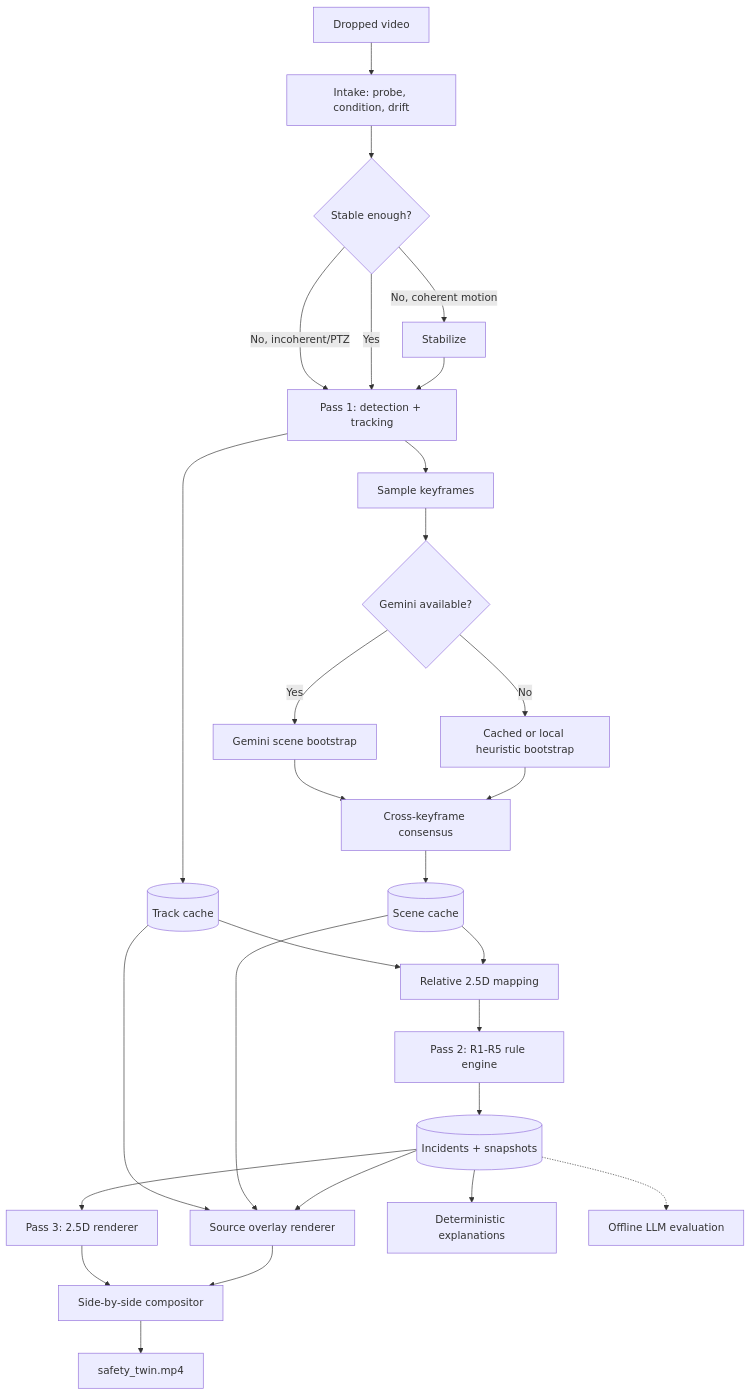
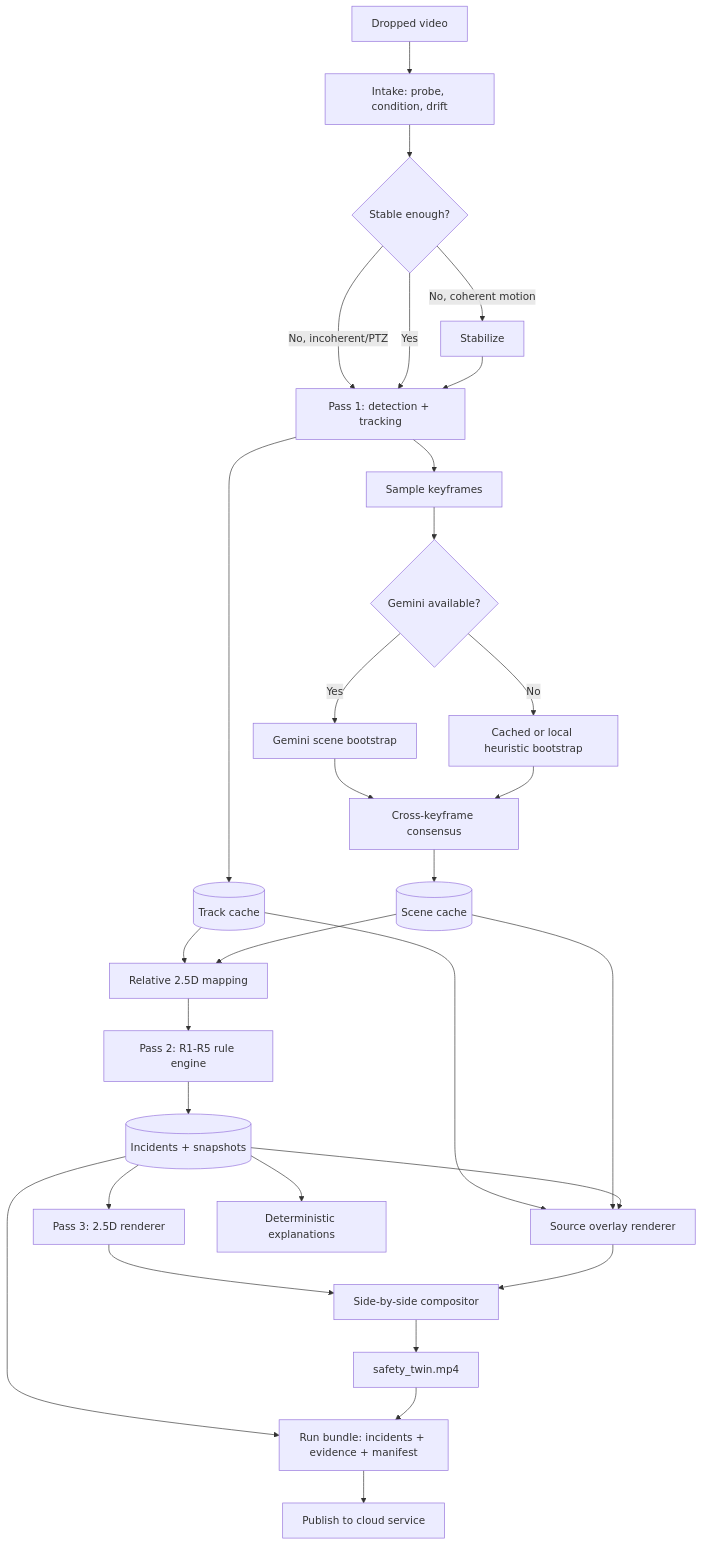
The first of 2 diagrams in docs/plan/construction-safety-2.5d-twin-plan-v7.md (D-SreeVardhan/AI-Based-Construction-Safety-Inspection-and-Compliance), drawn with Mermaid before and after one commit. The commit also changed other lines of this file and 31 other files, not shown here.

````diff
--- a/docs/plan/construction-safety-2.5d-twin-plan-v7.md
+++ b/docs/plan/construction-safety-2.5d-twin-plan-v7.md
@@ -107,35 +177,37 @@
 ```mermaid
 flowchart TB
     A["Dropped video"] --> B["Intake: probe, condition, drift"]
     B --> C{"Stable enough?"}
     C -->|No, coherent motion| D["Stabilize"]
     C -->|No, incoherent/PTZ| E
     C -->|Yes| E["Pass 1: detection + tracking"]
     D --> E
 
     E --> F[("Track cache")]
     E --> G["Sample keyframes"]
 
     G --> H{"Gemini available?"}
     H -->|Yes| I["Gemini scene bootstrap"]
     H -->|No| J["Cached or local heuristic bootstrap"]
     I --> K["Cross-keyframe consensus"]
     J --> K
     K --> L[("Scene cache")]
 
     F --> M["Relative 2.5D mapping"]
     L --> M
     M --> N["Pass 2: R1-R5 rule engine"]
     N --> O[("Incidents + snapshots")]
 
     O --> P["Pass 3: 2.5D renderer"]
     F --> Q["Source overlay renderer"]
     L --> Q
     O --> Q
     P --> R["Side-by-side compositor"]
     Q --> R
     R --> S["safety_twin.mp4"]
 
     O --> T["Deterministic explanations"]
-    O -.-> U["Offline LLM evaluation"]
+    O --> U["Run bundle: incidents + evidence + manifest"]
+    S --> U
+    U --> V["Publish to cloud service"]
 ```
````
